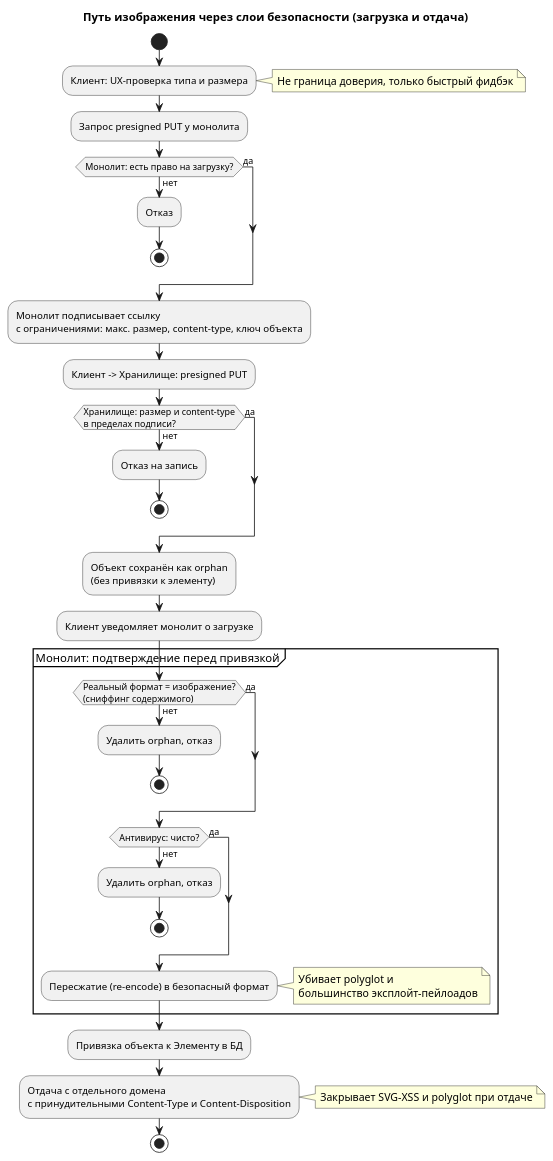
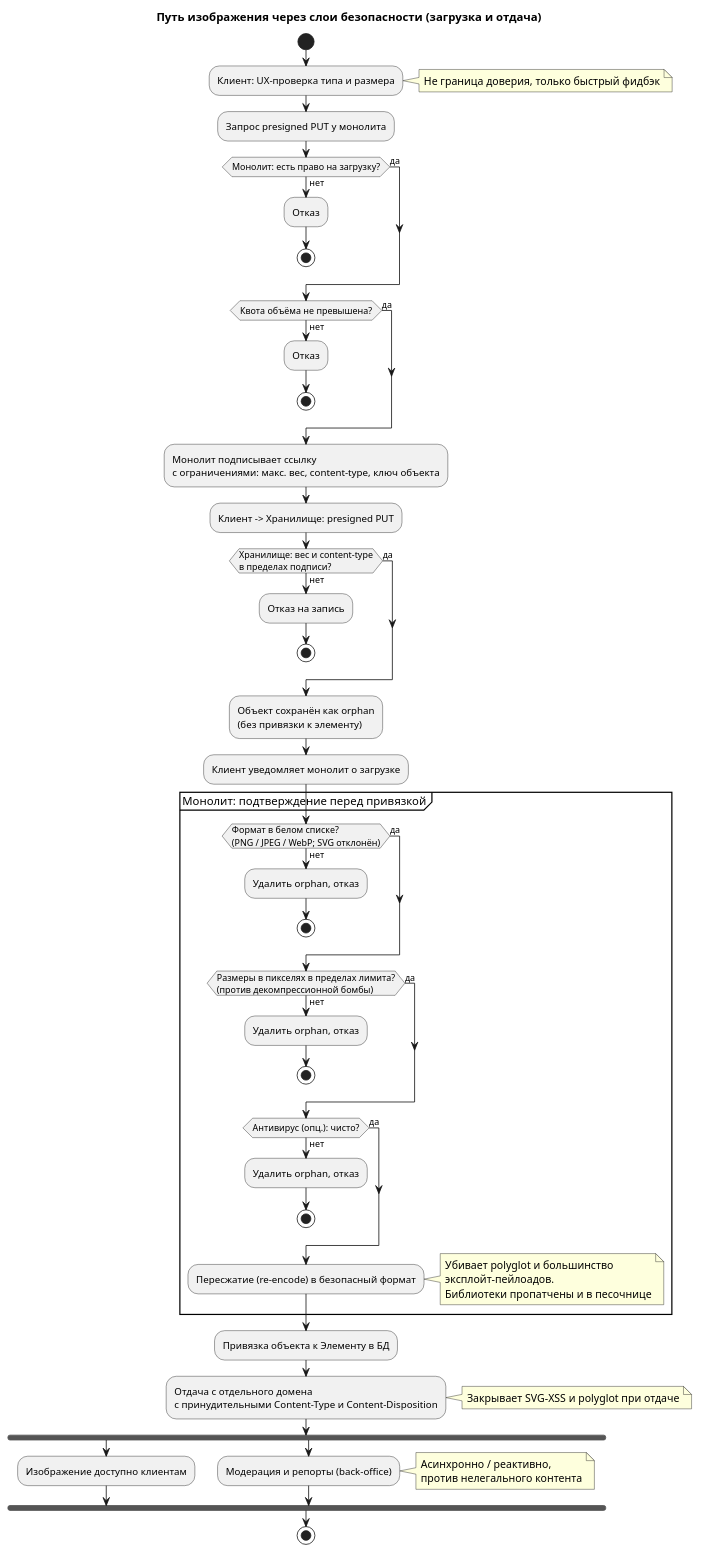
Before and after one commit to itacademy-edms-team/24_3_DNDE: the diagram in RecallApp/docs/diagrams/adr0018 - слои безопасности изображений.puml, drawn with PlantUML. The commit also changed 3 other files, not shown here.

Commit message:
docs:  update adr018, extend pros/cons, add 2 explaining diagrams, update index

```diff
--- a/RecallApp/docs/diagrams/adr0018 - слои безопасности изображений.puml
+++ b/RecallApp/docs/diagrams/adr0018 - слои безопасности изображений.puml
@@ -1,55 +1,74 @@
 @startuml ADR 0018 - Слои безопасности изображений
 title Путь изображения через слои безопасности (загрузка и отдача)
 
 start
 
 :Клиент: UX-проверка типа и размера;
 note right: Не граница доверия, только быстрый фидбэк
 
 :Запрос presigned PUT у монолита;
 
 if (Монолит: есть право на загрузку?) then (нет)
   :Отказ;
   stop
 else (да)
 endif
 
-:Монолит подписывает ссылку\nс ограничениями: макс. размер, content-type, ключ объекта;
+if (Квота объёма не превышена?) then (нет)
+  :Отказ;
+  stop
+else (да)
+endif
+
+:Монолит подписывает ссылку\nс ограничениями: макс. вес, content-type, ключ объекта;
 
 :Клиент -> Хранилище: presigned PUT;
 
-if (Хранилище: размер и content-type\nв пределах подписи?) then (нет)
+if (Хранилище: вес и content-type\nв пределах подписи?) then (нет)
   :Отказ на запись;
   stop
 else (да)
 endif
 
 :Объект сохранён как orphan\n(без привязки к элементу);
 
 :Клиент уведомляет монолит о загрузке;
 
 partition "Монолит: подтверждение перед привязкой" {
-  if (Реальный формат = изображение?\n(сниффинг содержимого)) then (нет)
+  if (Формат в белом списке?\n(PNG / JPEG / WebP; SVG отклонён)) then (нет)
     :Удалить orphan, отказ;
     stop
   else (да)
   endif
 
-  if (Антивирус: чисто?) then (нет)
+  if (Размеры в пикселях в пределах лимита?\n(против декомпрессионной бомбы)) then (нет)
+    :Удалить orphan, отказ;
+    stop
+  else (да)
+  endif
+
+  if (Антивирус (опц.): чисто?) then (нет)
     :Удалить orphan, отказ;
     stop
   else (да)
   endif
 
   :Пересжатие (re-encode) в безопасный формат;
-  note right: Убивает polyglot и\nбольшинство эксплойт-пейлоадов
+  note right: Убивает polyglot и большинство\nэксплойт-пейлоадов.\nБиблиотеки пропатчены и в песочнице
 }
 
 :Привязка объекта к Элементу в БД;
 
 :Отдача с отдельного домена\nс принудительными Content-Type и Content-Disposition;
 note right: Закрывает SVG-XSS и polyglot при отдаче
 
+fork
+  :Изображение доступно клиентам;
+fork again
+  :Модерация и репорты (back-office);
+  note right: Асинхронно / реактивно,\nпротив нелегального контента
+end fork
+
 stop
 
 @enduml
```
